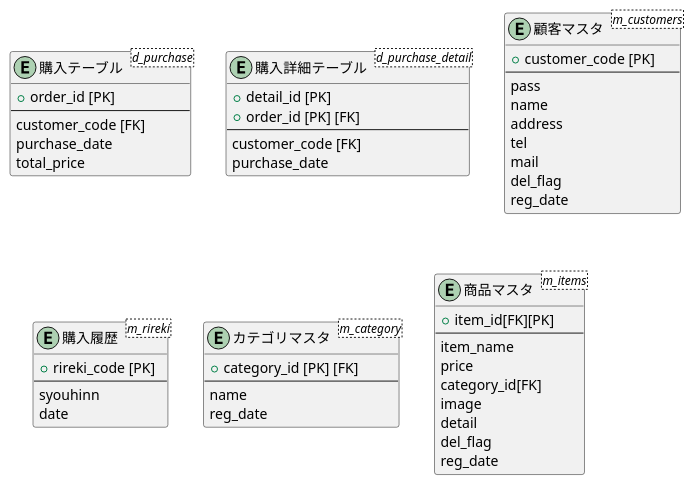
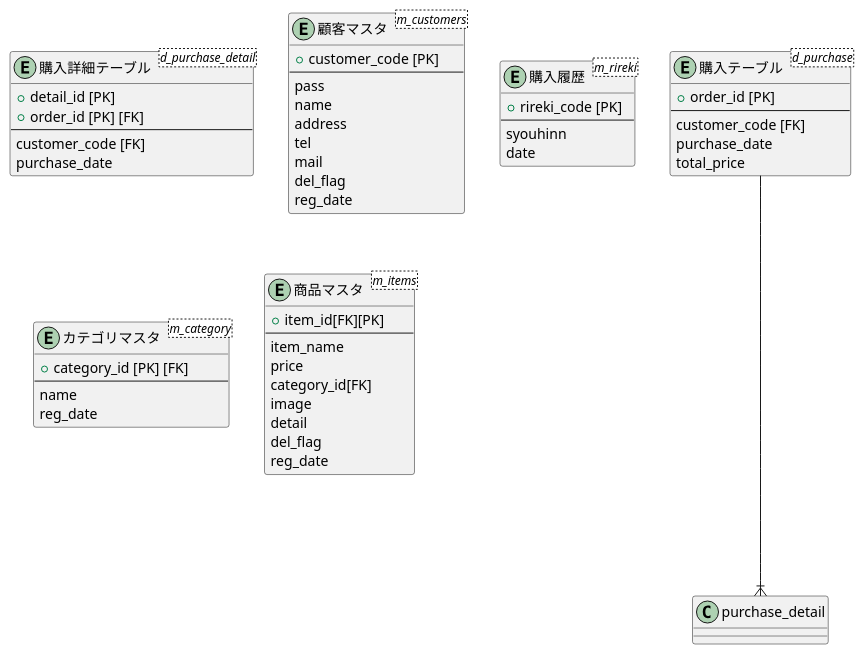
Before and after one commit to aso2001036/2021sys-design: the diagram in db/original/ER.md, drawn with PlantUML.

````diff
--- a/db/original/ER.md
+++ b/db/original/ER.md
@@ -1,57 +1,59 @@
 ```puml
 @startuml
 entity "購入テーブル" as purchase <d_purchase> {
 + order_id [PK]
 --
 customer_code [FK]
 purchase_date
 total_price
 }
 
 entity "購入詳細テーブル" as purcher_detail <d_purchase_detail> {
 + detail_id [PK]
 + order_id [PK] [FK]
 --
 customer_code [FK]
 purchase_date
 }
 
 entity "顧客マスタ" as customer <m_customers> {
 + customer_code [PK]
 --
 pass
 name
 address
 tel
 mail
 del_flag
 reg_date
 }
 
 entity "購入履歴" as rireki <m_rireki> {
 + rireki_code [PK]
 --
 syouhinn
 date
 }
 
 entity "カテゴリマスタ" as category <m_category> {
 + category_id [PK] [FK]
 --
 name
 reg_date
 }
 
 entity "商品マスタ" as items <m_items> {
 + item_id[FK][PK]
 --
 item_name
 price
 category_id[FK]
 image
 detail
 del_flag
 reg_date
 }
+
+purchase ----|{ purchase_detail
 @enduml
 ```
````
